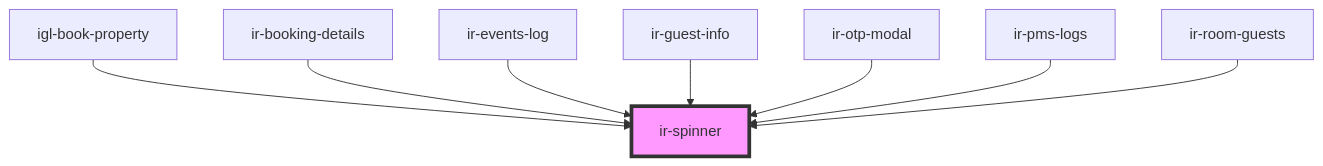
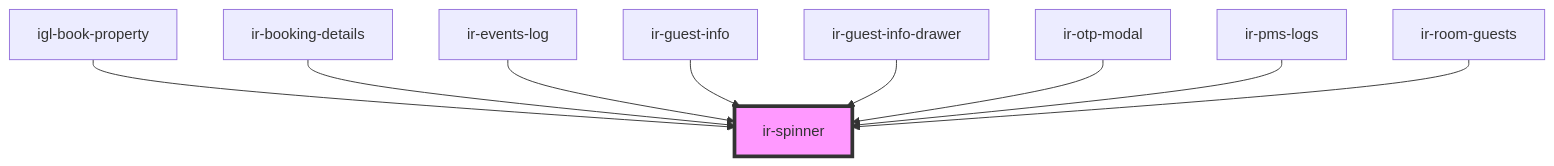
Before and after one commit to David1Chowaifaty/modified-ir-webcmp: the diagram in src/components/ui/ir-spinner/readme.md, drawn with Mermaid. The commit also changed other lines of this file and 77 other files, not shown here.

````diff
--- a/src/components/ui/ir-spinner/readme.md
+++ b/src/components/ui/ir-spinner/readme.md
@@ -31,11 +32,12 @@
 ```mermaid
 graph TD;
   igl-book-property --> ir-spinner
   ir-booking-details --> ir-spinner
   ir-events-log --> ir-spinner
   ir-guest-info --> ir-spinner
+  ir-guest-info-drawer --> ir-spinner
   ir-otp-modal --> ir-spinner
   ir-pms-logs --> ir-spinner
   ir-room-guests --> ir-spinner
   style ir-spinner fill:#f9f,stroke:#333,stroke-width:4px
 ```
````
